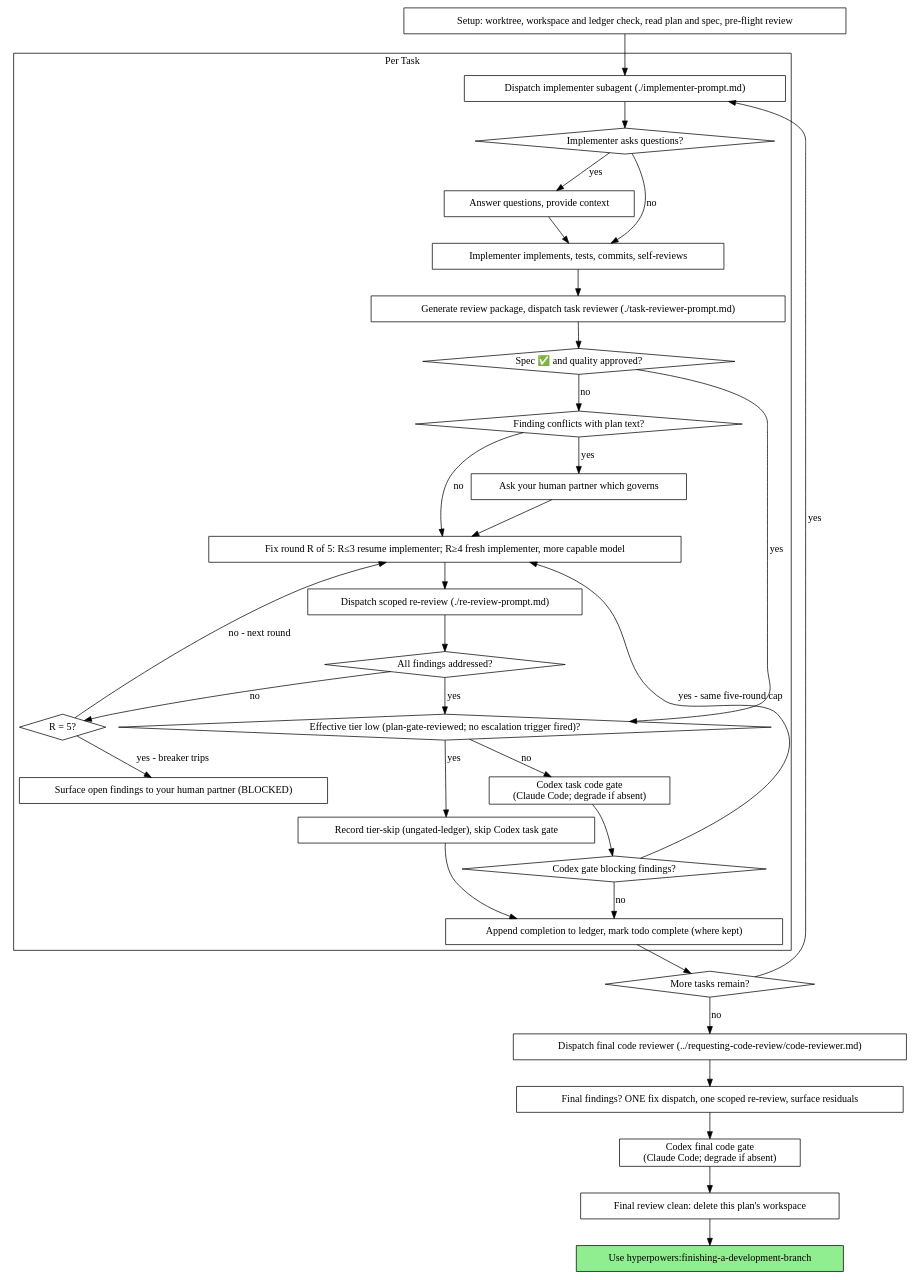
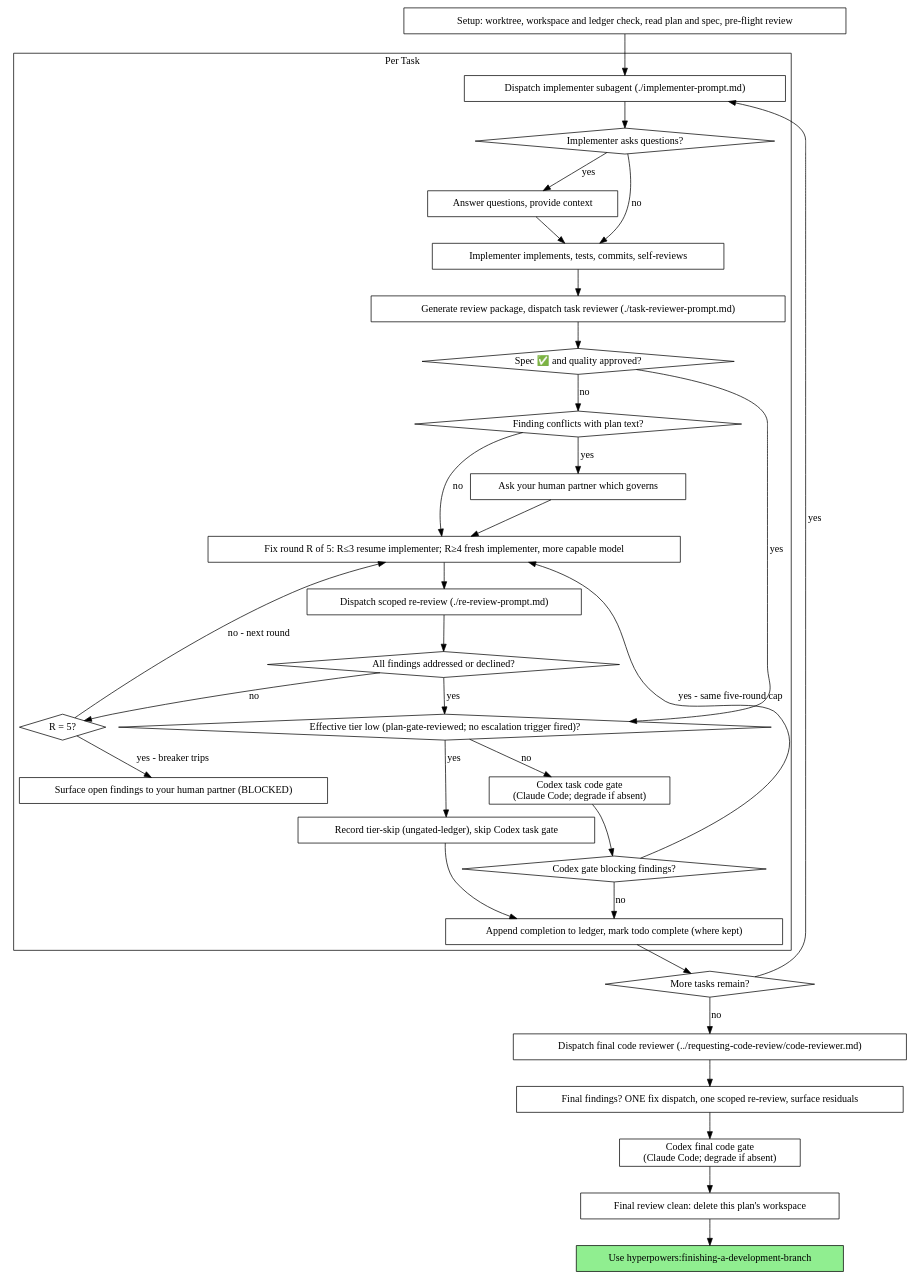
Before and after one commit to scott-arne/hyperpowers: the second of 2 diagrams in skills/subagent-driven-development/SKILL.md, drawn with Graphviz. The commit also changed other lines of this file and 3 other files, not shown here.

````diff
--- a/skills/subagent-driven-development/SKILL.md
+++ b/skills/subagent-driven-development/SKILL.md
@@ -47,67 +47,67 @@
 ```dot
 digraph process {
     rankdir=TB;
 
     subgraph cluster_per_task {
         label="Per Task";
         "Dispatch implementer subagent (./implementer-prompt.md)" [shape=box];
         "Implementer asks questions?" [shape=diamond];
         "Answer questions, provide context" [shape=box];
         "Implementer implements, tests, commits, self-reviews" [shape=box];
         "Generate review package, dispatch task reviewer (./task-reviewer-prompt.md)" [shape=box];
         "Spec ✅ and quality approved?" [shape=diamond];
         "Finding conflicts with plan text?" [shape=diamond];
         "Ask your human partner which governs" [shape=box];
         "Fix round R of 5: R≤3 resume implementer; R≥4 fresh implementer, more capable model" [shape=box];
         "Dispatch scoped re-review (./re-review-prompt.md)" [shape=box];
-        "All findings addressed?" [shape=diamond];
+        "All findings addressed or declined?" [shape=diamond];
         "R = 5?" [shape=diamond];
         "Surface open findings to your human partner (BLOCKED)" [shape=box];
         "Effective tier low (plan-gate-reviewed; no escalation trigger fired)?" [shape=diamond];
         "Record tier-skip (ungated-ledger), skip Codex task gate" [shape=box];
         "Codex task code gate\n(Claude Code; degrade if absent)" [shape=box];
         "Codex gate blocking findings?" [shape=diamond];
         "Append completion to ledger, mark todo complete (where kept)" [shape=box];
     }
 
     "Setup: worktree, workspace and ledger check, read plan and spec, pre-flight review" [shape=box];
     "More tasks remain?" [shape=diamond];
     "Dispatch final code reviewer (../requesting-code-review/code-reviewer.md)" [shape=box];
     "Final findings? ONE fix dispatch, one scoped re-review, surface residuals" [shape=box];
     "Codex final code gate\n(Claude Code; degrade if absent)" [shape=box];
     "Final review clean: delete this plan's workspace" [shape=box];
     "Use hyperpowers:finishing-a-development-branch" [shape=box style=filled fillcolor=lightgreen];
 
     "Setup: worktree, workspace and ledger check, read plan and spec, pre-flight review" -> "Dispatch implementer subagent (./implementer-prompt.md)";
     "Dispatch implementer subagent (./implementer-prompt.md)" -> "Implementer asks questions?";
     "Implementer asks questions?" -> "Answer questions, provide context" [label="yes"];
     "Answer questions, provide context" -> "Implementer implements, tests, commits, self-reviews";
     "Implementer asks questions?" -> "Implementer implements, tests, commits, self-reviews" [label="no"];
     "Implementer implements, tests, commits, self-reviews" -> "Generate review package, dispatch task reviewer (./task-reviewer-prompt.md)";
     "Generate review package, dispatch task reviewer (./task-reviewer-prompt.md)" -> "Spec ✅ and quality approved?";
     "Spec ✅ and quality approved?" -> "Effective tier low (plan-gate-reviewed; no escalation trigger fired)?" [label="yes"];
     "Spec ✅ and quality approved?" -> "Finding conflicts with plan text?" [label="no"];
     "Finding conflicts with plan text?" -> "Ask your human partner which governs" [label="yes"];
     "Ask your human partner which governs" -> "Fix round R of 5: R≤3 resume implementer; R≥4 fresh implementer, more capable model";
     "Finding conflicts with plan text?" -> "Fix round R of 5: R≤3 resume implementer; R≥4 fresh implementer, more capable model" [label="no"];
     "Fix round R of 5: R≤3 resume implementer; R≥4 fresh implementer, more capable model" -> "Dispatch scoped re-review (./re-review-prompt.md)";
-    "Dispatch scoped re-review (./re-review-prompt.md)" -> "All findings addressed?";
-    "All findings addressed?" -> "Effective tier low (plan-gate-reviewed; no escalation trigger fired)?" [label="yes"];
-    "All findings addressed?" -> "R = 5?" [label="no"];
+    "Dispatch scoped re-review (./re-review-prompt.md)" -> "All findings addressed or declined?";
+    "All findings addressed or declined?" -> "Effective tier low (plan-gate-reviewed; no escalation trigger fired)?" [label="yes"];
+    "All findings addressed or declined?" -> "R = 5?" [label="no"];
     "R = 5?" -> "Fix round R of 5: R≤3 resume implementer; R≥4 fresh implementer, more capable model" [label="no - next round"];
     "R = 5?" -> "Surface open findings to your human partner (BLOCKED)" [label="yes - breaker trips"];
     "Effective tier low (plan-gate-reviewed; no escalation trigger fired)?" -> "Record tier-skip (ungated-ledger), skip Codex task gate" [label="yes"];
     "Record tier-skip (ungated-ledger), skip Codex task gate" -> "Append completion to ledger, mark todo complete (where kept)";
     "Effective tier low (plan-gate-reviewed; no escalation trigger fired)?" -> "Codex task code gate\n(Claude Code; degrade if absent)" [label="no"];
     "Codex task code gate\n(Claude Code; degrade if absent)" -> "Codex gate blocking findings?";
     "Codex gate blocking findings?" -> "Fix round R of 5: R≤3 resume implementer; R≥4 fresh implementer, more capable model" [label="yes - same five-round cap"];
     "Codex gate blocking findings?" -> "Append completion to ledger, mark todo complete (where kept)" [label="no"];
     "Append completion to ledger, mark todo complete (where kept)" -> "More tasks remain?";
     "More tasks remain?" -> "Dispatch implementer subagent (./implementer-prompt.md)" [label="yes"];
     "More tasks remain?" -> "Dispatch final code reviewer (../requesting-code-review/code-reviewer.md)" [label="no"];
     "Dispatch final code reviewer (../requesting-code-review/code-reviewer.md)" -> "Final findings? ONE fix dispatch, one scoped re-review, surface residuals";
     "Final findings? ONE fix dispatch, one scoped re-review, surface residuals" -> "Codex final code gate\n(Claude Code; degrade if absent)";
     "Codex final code gate\n(Claude Code; degrade if absent)" -> "Final review clean: delete this plan's workspace";
     "Final review clean: delete this plan's workspace" -> "Use hyperpowers:finishing-a-development-branch";
 }
 ```
````
